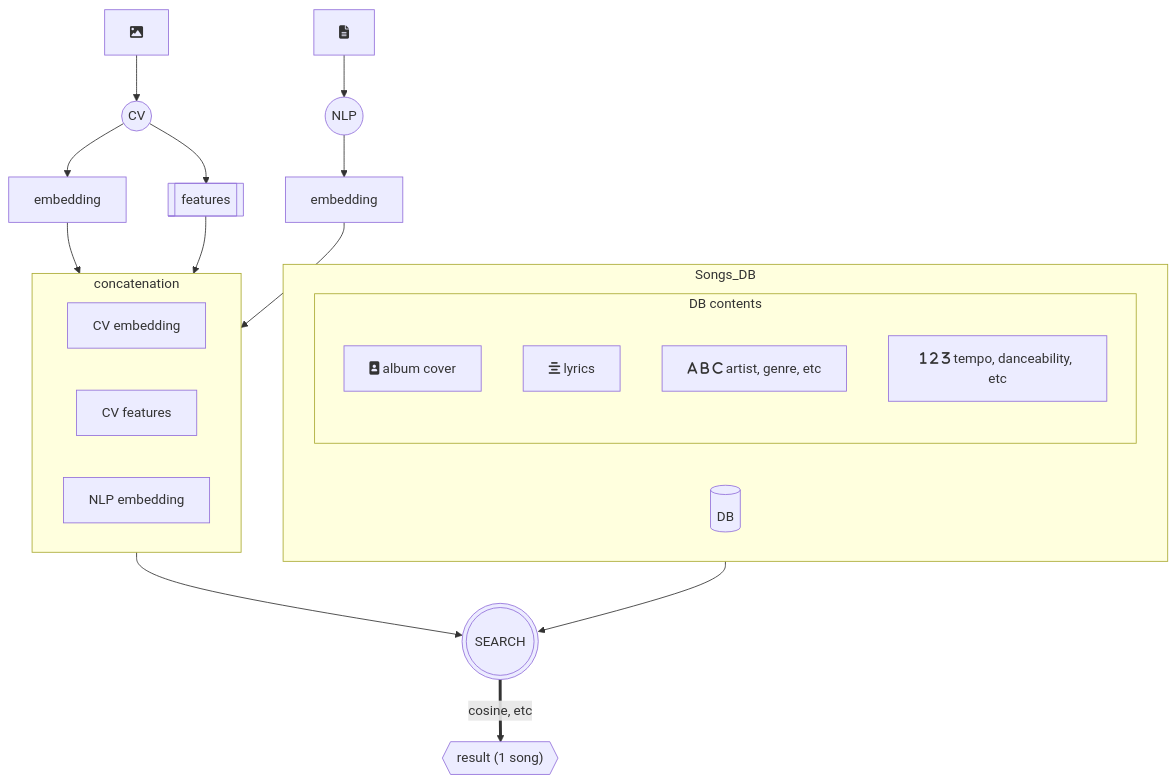
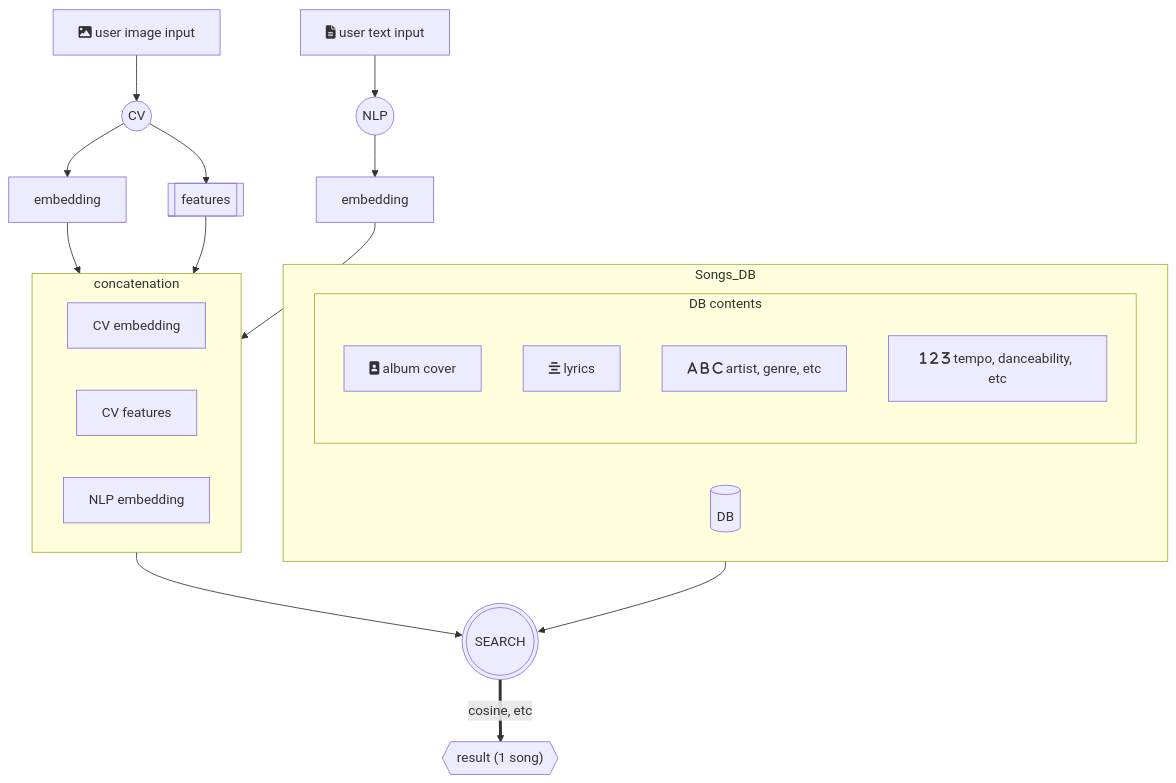
The diagram in ML_System_Design_Doc.md (MulhamShaheen/AI-DJ), drawn with Mermaid before and after one commit.

Commit message:
update mermaid graph

````diff
--- a/ML_System_Design_Doc.md
+++ b/ML_System_Design_Doc.md
@@ -78,39 +78,39 @@
 ```mermaid
 flowchart TD
-    user_pic[fa:fa-image]
-    user_text[fa:fa-file-lines]
+    user_pic[fa:fa-image user image input]
+    user_text[fa:fa-file-lines user text input]
     cv((CV))
     nlp((NLP))
     text_embedding[embedding]
     picture_embedding[embedding]
     picture_features[[features]]
     subgraph concatenation
         concatenated_picture_embedding[CV embedding]
         concatenated_picture_features[CV features]
         concatenated_nlp_embedding[NLP embedding]
     end
     user_pic --> cv
     user_text --> nlp
     cv --> picture_embedding & picture_features
     nlp --> text_embedding
     picture_embedding & picture_features & text_embedding --> concatenation
 
     subgraph Songs_DB
         direction RL
         songs_db[(DB)]
         subgraph DB contents
             album_cover[fa:fa-portrait album cover]
             lyrics[fa:fa-align-center lyrics]
             artist[fa:fa-a fa:fa-b fa:fa-c artist, genre, etc]
             featuresartist[fa:fa-1 fa:fa-2 fa:fa-3 tempo, danceability, etc]
         end
     end
 
     search(((SEARCH)))
 
     concatenation & Songs_DB --> search
 
     result{{"result (1 song)"}}
 
     search ==cosine, etc==> result
 ```
````
